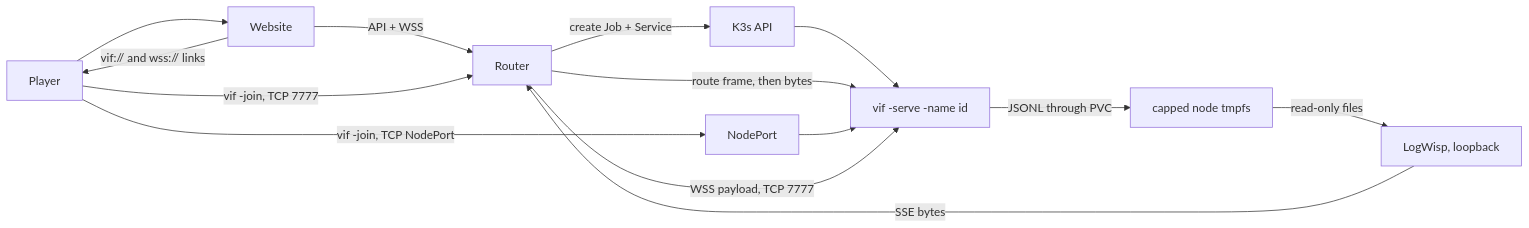
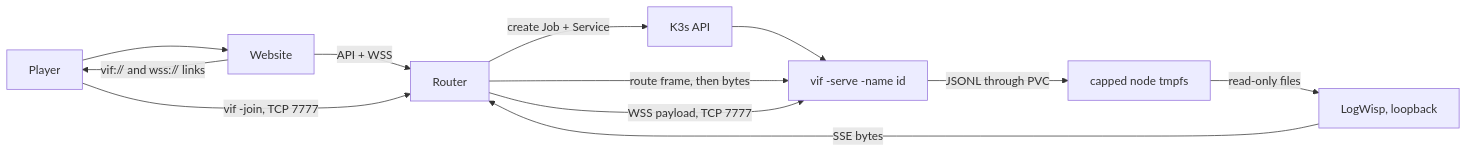
Before and after one commit to lixenwraith/vif: the diagram in doc/kubernetes-fleet.md, drawn with Mermaid. The commit also changed other lines of this file and 27 other files, not shown here.

First line of the commit message:
fleet: drop the direct NodePort route; a session is reached only through the router (#1038)

````diff
--- a/doc/kubernetes-fleet.md
+++ b/doc/kubernetes-fleet.md
@@ -29,15 +29,14 @@
 ```mermaid
 flowchart LR
     Player["Player"] --> Site["Website"]
     Site -->|"API + WSS"| Alloc["Router"]
     Alloc -->|"create Job + Service"| API["K3s API"]
     API --> Pod["vif -serve -name id"]
     Site -->|"vif:// and wss:// links"| Player
     Player -->|"vif -join, TCP 7777"| Alloc
     Alloc -->|"route frame, then bytes"| Pod
-    Player -->|"vif -join, TCP NodePort"| NP["NodePort"] --> Pod
     Alloc -->|"WSS payload, TCP 7777"| Pod
     Pod -->|"JSONL through PVC"| Logs["capped node tmpfs"]
     Logs -->|"read-only files"| Wisp["LogWisp, loopback"]
     Wisp -->|"SSE bytes"| Alloc
 ```
````
